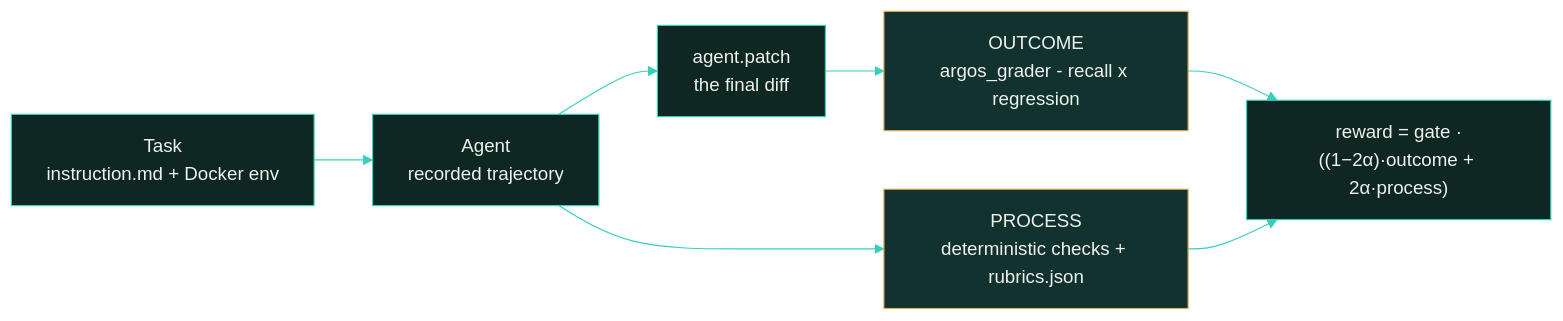
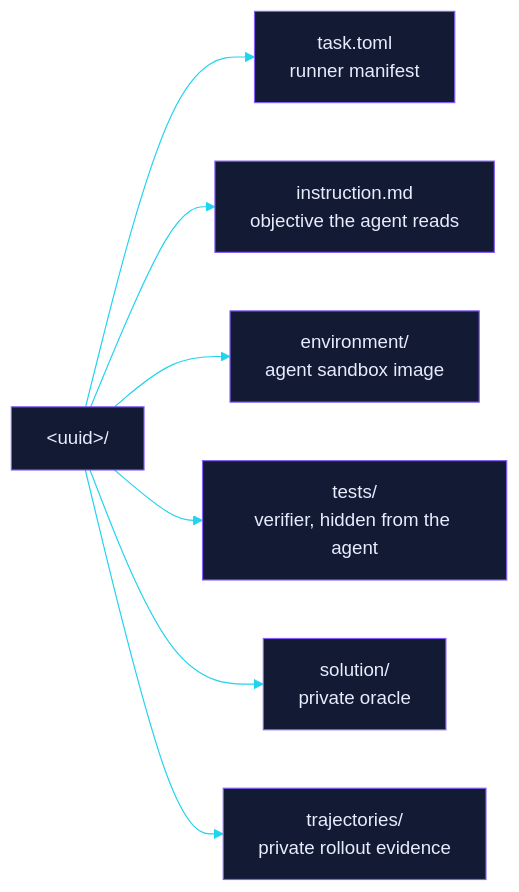
One commit to EtharaOrion/argos-samples changed the first of 2 diagrams in README.md. Above: the diagram before and after it, drawn with Mermaid. The commit also changed other lines of this file and 2 other files, not shown here.

````diff
--- a/README.md
+++ b/README.md
@@ -331,14 +62,11 @@
 ```mermaid
-%%{init: {'theme':'base','themeVariables':{'primaryColor':'#123230','primaryTextColor':'#eef2ea','primaryBorderColor':'#35d0ba','lineColor':'#35d0ba','fontFamily':'Georgia, DM Sans, Segoe UI, sans-serif'}}}%%
+%%{init: {"theme":"base","themeVariables":{"primaryColor":"#131a33","primaryTextColor":"#e8ecff","primaryBorderColor":"#845EF7","lineColor":"#22d3ee","fontFamily":"monospace"}}}%%
 flowchart LR
-  A["Task<br/>instruction.md + Docker env"] --> B["Agent<br/>recorded trajectory"]
-  B --> C["agent.patch<br/>the final diff"]
-  C --> D["OUTCOME<br/>argos_grader - recall x regression"]
-  B --> E["PROCESS<br/>deterministic checks + rubrics.json"]
-  D --> F["reward = gate ·<br/>((1−2α)·outcome + 2α·process)"]
-  E --> F
-  classDef node fill:#0f2723,stroke:#35d0ba,color:#eef2ea;
-  classDef sealed fill:#123230,stroke:#e2ac52,color:#eef2ea;
-  class A,B,C,F node;
-  class D,E sealed;
+    bundle["&lt;uuid&gt;/"]
+    bundle --> n0["task.toml<br/>runner manifest"]
+    bundle --> n1["instruction.md<br/>objective the agent reads"]
+    bundle --> n2["environment/<br/>agent sandbox image"]
+    bundle --> n3["tests/<br/>verifier, hidden from the agent"]
+    bundle --> n4["solution/<br/>private oracle"]
+    bundle --> n5["trajectories/<br/>private rollout evidence"]
 ```
````
